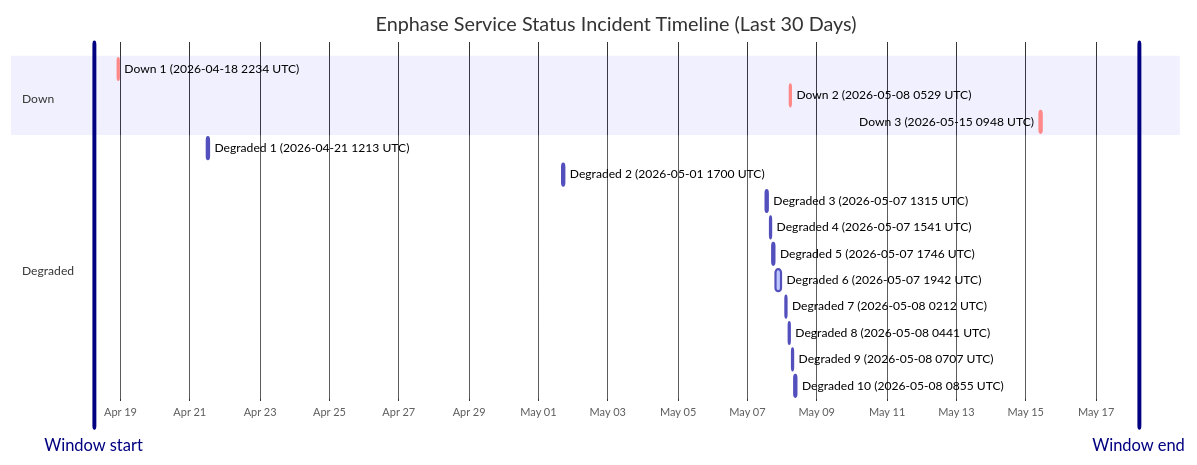
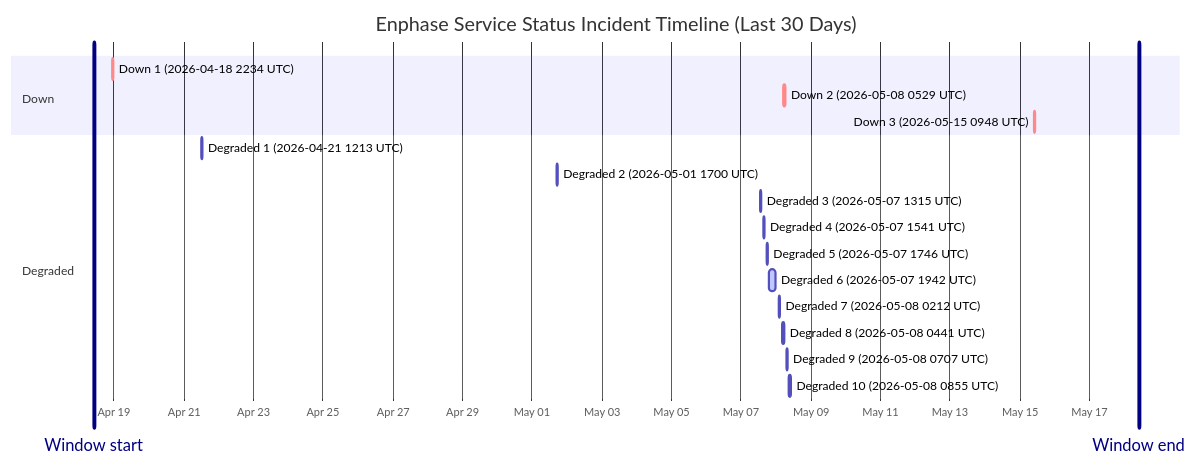
Before and after one commit to barneyonline/ha-enphase-ev-charger: the diagram in wiki/Service-Status-History.md, drawn with Mermaid. The commit also changed other lines of this file and 3 other files, not shown here.

````diff
--- a/wiki/Service-Status-History.md
+++ b/wiki/Service-Status-History.md
@@ -14,23 +14,23 @@
 ```mermaid
 gantt
     title Enphase Service Status Incident Timeline (Last 30 Days)
     dateFormat  YYYY-MM-DDTHH:mm:ss
     axisFormat  %b %d
-    Window start :vert, window-start, 2026-04-18T05:50:01, 0ms
-    Window end :vert, window-end, 2026-05-18T05:50:01, 0ms
+    Window start :vert, window-start, 2026-04-18T10:01:18, 0ms
+    Window end :vert, window-end, 2026-05-18T10:01:18, 0ms
     section Down
     Down 1 (2026-04-18 2234 UTC) :crit, down-1, 2026-04-18T22:34:13, 60m
     Down 2 (2026-05-08 0529 UTC) :crit, down-2, 2026-05-08T05:29:47, 60m
     Down 3 (2026-05-15 0948 UTC) :crit, down-3, 2026-05-15T09:48:18, 60m
     section Degraded
     Degraded 1 (2026-04-21 1213 UTC) :active, degraded-1, 2026-04-21T12:13:11, 60m
     Degraded 2 (2026-05-01 1700 UTC) :active, degraded-2, 2026-05-01T17:00:22, 60m
     Degraded 3 (2026-05-07 1315 UTC) :active, degraded-3, 2026-05-07T13:15:25, 60m
     Degraded 4 (2026-05-07 1541 UTC) :active, degraded-4, 2026-05-07T15:41:58, 60m
     Degraded 5 (2026-05-07 1746 UTC) :active, degraded-5, 2026-05-07T17:46:51, 60m
     Degraded 6 (2026-05-07 1942 UTC) :active, degraded-6, 2026-05-07T19:42:10, 249m
     Degraded 7 (2026-05-08 0212 UTC) :active, degraded-7, 2026-05-08T02:12:39, 60m
     Degraded 8 (2026-05-08 0441 UTC) :active, degraded-8, 2026-05-08T04:41:46, 60m
     Degraded 9 (2026-05-08 0707 UTC) :active, degraded-9, 2026-05-08T07:07:30, 60m
     Degraded 10 (2026-05-08 0855 UTC) :active, degraded-10, 2026-05-08T08:55:20, 88m
 ```
````
